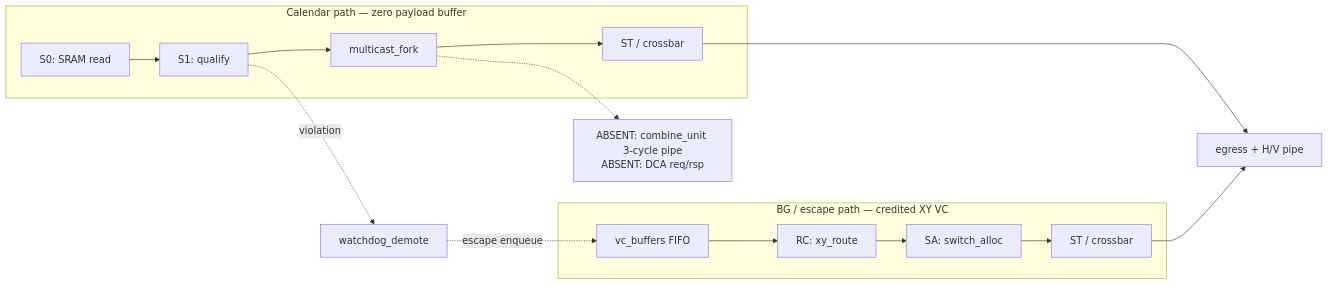
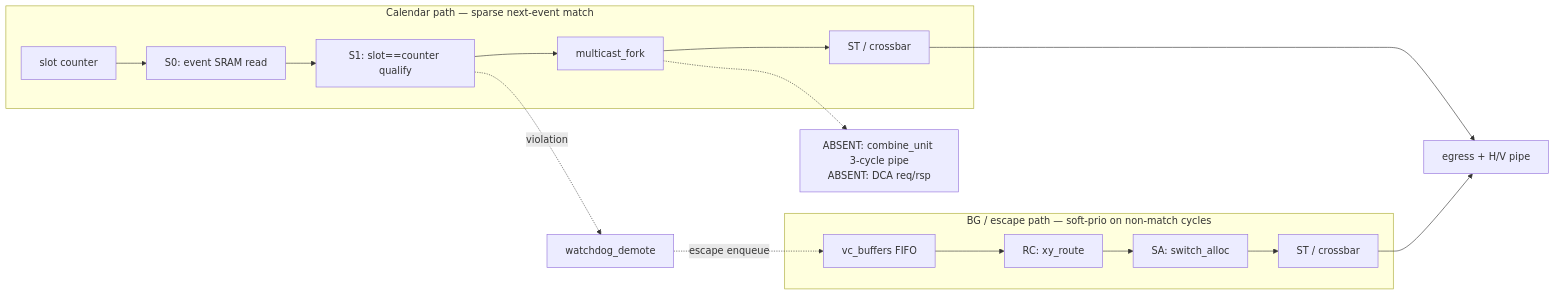
Before and after one commit to lukebest/booksim2: the second of 6 diagrams in docs/phase-3-uarch/uarch-diagram.md, drawn with Mermaid. The commit also changed other lines of this file and 30 other files, not shown here.

First line of the commit message:
dse: Trial 3 Arch-A3 SparseCal — sparse event calendar

````diff
--- a/docs/phase-3-uarch/uarch-diagram.md
+++ b/docs/phase-3-uarch/uarch-diagram.md
@@ -32,19 +34,20 @@
 ```mermaid
 flowchart LR
-  subgraph cal["Calendar path — zero payload buffer"]
-    S0["S0: SRAM read"] --> S1["S1: qualify"]
+  subgraph cal["Calendar path — sparse next-event match"]
+    CTR["slot counter"] --> S0["S0: event SRAM read"]
+    S0 --> S1["S1: slot==counter qualify"]
     S1 --> MF["multicast_fork"]
     MF --> ST1["ST / crossbar"]
   end
-  subgraph bg["BG / escape path — credited XY VC"]
+  subgraph bg["BG / escape path — soft-prio on non-match cycles"]
     FIFO["vc_buffers FIFO"] --> RC["RC: xy_route"]
     RC --> SA["SA: switch_alloc"]
     SA --> ST2["ST / crossbar"]
   end
   ST1 --> OUT["egress + H/V pipe"]
   ST2 --> OUT
   WD["watchdog_demote"] -.->|"escape enqueue"| FIFO
   S1 -.->|"violation"| WD
   NO["ABSENT: combine_unit 3-cycle pipe<br/>ABSENT: DCA req/rsp"]
   MF -.-> NO
 ```
````
